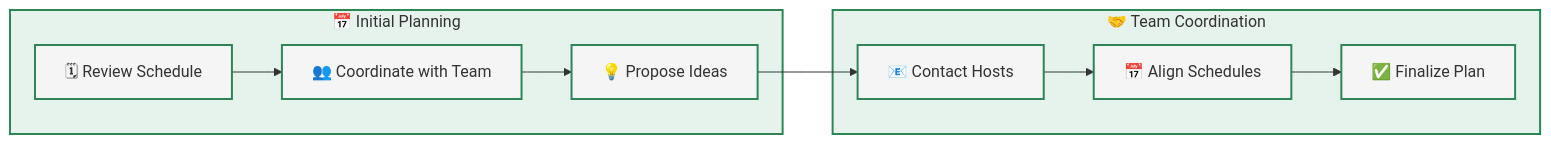
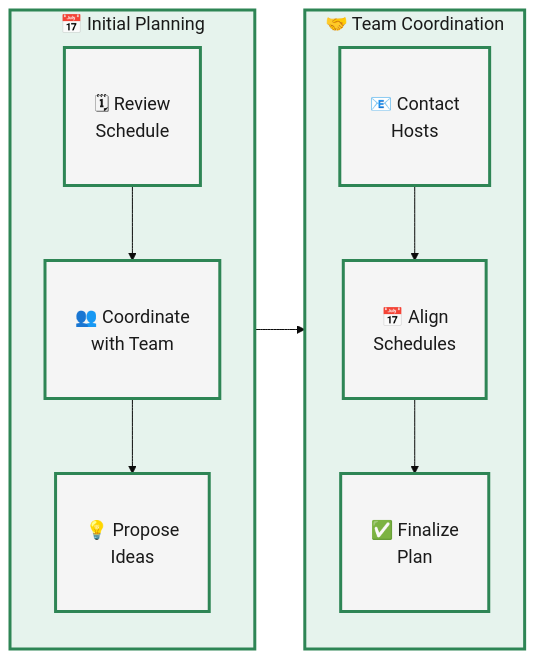
Before and after one commit to CBID2/VC-Community-Docs: the first of 4 diagrams in docs/monthly-challenges/facilitators-docs/facilitate-a-challenge.md, drawn with Mermaid. The commit also changed other lines of this file and 2 other files, not shown here.

First line of the commit message:
docs: add enhanced Mermaid diagrams to documentation

````diff
--- a/docs/monthly-challenges/facilitators-docs/facilitate-a-challenge.md
+++ b/docs/monthly-challenges/facilitators-docs/facilitate-a-challenge.md
@@ -44,22 +44,29 @@
 ```mermaid
+%%{init: {'theme':'base', 'themeVariables': {'fontSize':'18px', 'fontFamily':'arial'}}}%%
 flowchart LR
   %% Left Column - Initial Planning
-  subgraph A[📅 Initial Planning]
-    A1[🗓 Review Schedule] --> A2[👥 Coordinate with Team]
-    A2 --> A3[💡 Propose Ideas]
+  subgraph A["📅 Initial Planning"]
+    direction TB
+    A1["🗓 Review<br/>Schedule"]
+    A2["👥 Coordinate<br/>with Team"]
+    A3["💡 Propose<br/>Ideas"]
+    A1 --> A2 --> A3
   end
 
   %% Right Column - Coordination
-  subgraph B[🤝 Team Coordination]
-    B1[📧 Contact Hosts] --> B2[📅 Align Schedules]
-    B2 --> B3[✅ Finalize Plan]
+  subgraph B["🤝 Team Coordination"]
+    direction TB
+    B1["📧 Contact<br/>Hosts"]
+    B2["📅 Align<br/>Schedules"]
+    B3["✅ Finalize<br/>Plan"]
+    B1 --> B2 --> B3
   end
 
   %% Flow between columns
   A3 --> B1
 
   %% Styling
-  classDef default fill:#f5f5f5,stroke:#2e8555,stroke-width:2px,color:#333;
-  classDef process fill:#e6f3ed,stroke:#2e8555,stroke-width:2px,color:#333;
+  classDef default fill:#f5f5f5,stroke:#2e8555,stroke-width:3px,color:#1a1a1a,padding:15px;
+  classDef process fill:#e6f3ed,stroke:#2e8555,stroke-width:3px,color:#1a1a1a;
   class A,B process;
 ```
````
